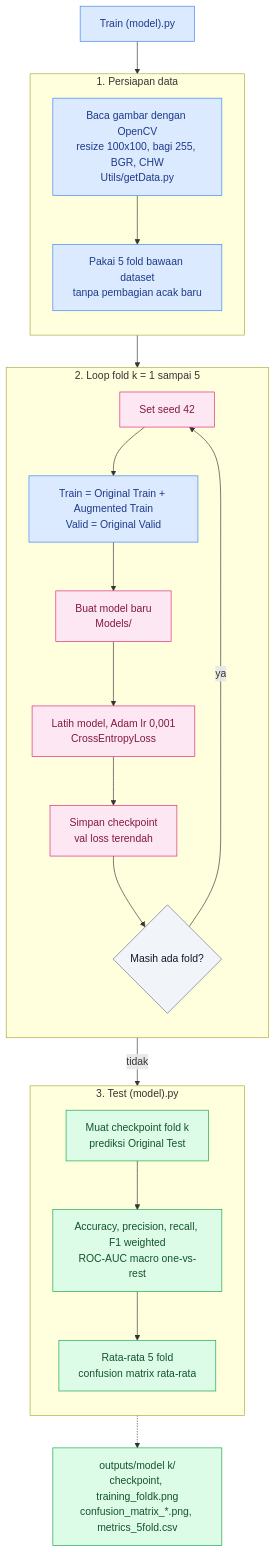
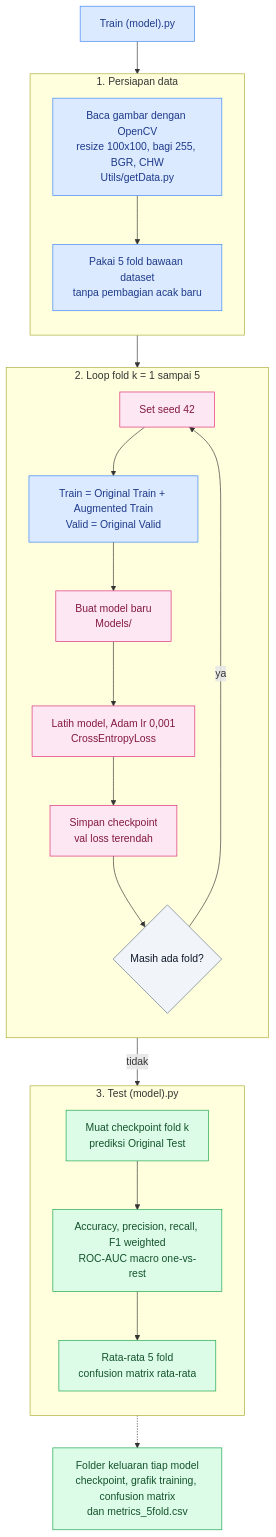
Before and after one commit to filzahghaniyyah/mpox-ipsd-kelompok-1: the first of 3 diagrams in GUIDE.md, drawn with Mermaid. The commit also changed other lines of this file and 5 other files, not shown here.

````diff
--- a/GUIDE.md
+++ b/GUIDE.md
@@ -75,42 +73,42 @@
 ```mermaid
 flowchart TD
     START["Train (model).py"]
 
     subgraph PREP["1. Persiapan data"]
         direction TB
         LOAD["Baca gambar dengan OpenCV<br/>resize 100x100, bagi 255, BGR, CHW<br/>Utils/getData.py"]
         FOLD["Pakai 5 fold bawaan dataset<br/>tanpa pembagian acak baru"]
     end
 
     subgraph CV["2. Loop fold k = 1 sampai 5"]
         direction TB
         SEED["Set seed 42"]
         DS["Train = Original Train + Augmented Train<br/>Valid = Original Valid"]
         BUILD["Buat model baru<br/>Models/"]
         TRAIN["Latih model, Adam lr 0,001<br/>CrossEntropyLoss"]
         SAVE["Simpan checkpoint<br/>val loss terendah"]
         NEXT{"Masih ada fold?"}
     end
 
     subgraph TEST["3. Test (model).py"]
         direction TB
         PRED["Muat checkpoint fold k<br/>prediksi Original Test"]
         MET["Accuracy, precision, recall, F1 weighted<br/>ROC-AUC macro one-vs-rest"]
         AGG["Rata-rata 5 fold<br/>confusion matrix rata-rata"]
     end
 
-    OUT["outputs/model k/<br/>checkpoint, training_foldk.png<br/>confusion_matrix_*.png, metrics_5fold.csv"]
+    OUT["Folder keluaran tiap model<br/>checkpoint, grafik training, confusion matrix<br/>dan metrics_5fold.csv"]
 
     START --> LOAD --> FOLD --> SEED --> DS --> BUILD --> TRAIN --> SAVE --> NEXT
     NEXT -->|"ya"| SEED
     NEXT -->|"tidak"| PRED --> MET --> AGG -.-> OUT
 
     classDef data fill:#dbeafe,stroke:#3b82f6,color:#1e3a8a
     classDef train fill:#fce7f3,stroke:#db2777,color:#831843
     classDef eval fill:#dcfce7,stroke:#16a34a,color:#14532d
     classDef dec fill:#f1f5f9,stroke:#64748b,color:#0f172a
     class START,LOAD,FOLD,DS data
     class SEED,BUILD,TRAIN,SAVE train
     class PRED,MET,AGG,OUT eval
     class NEXT dec
 ```
````
